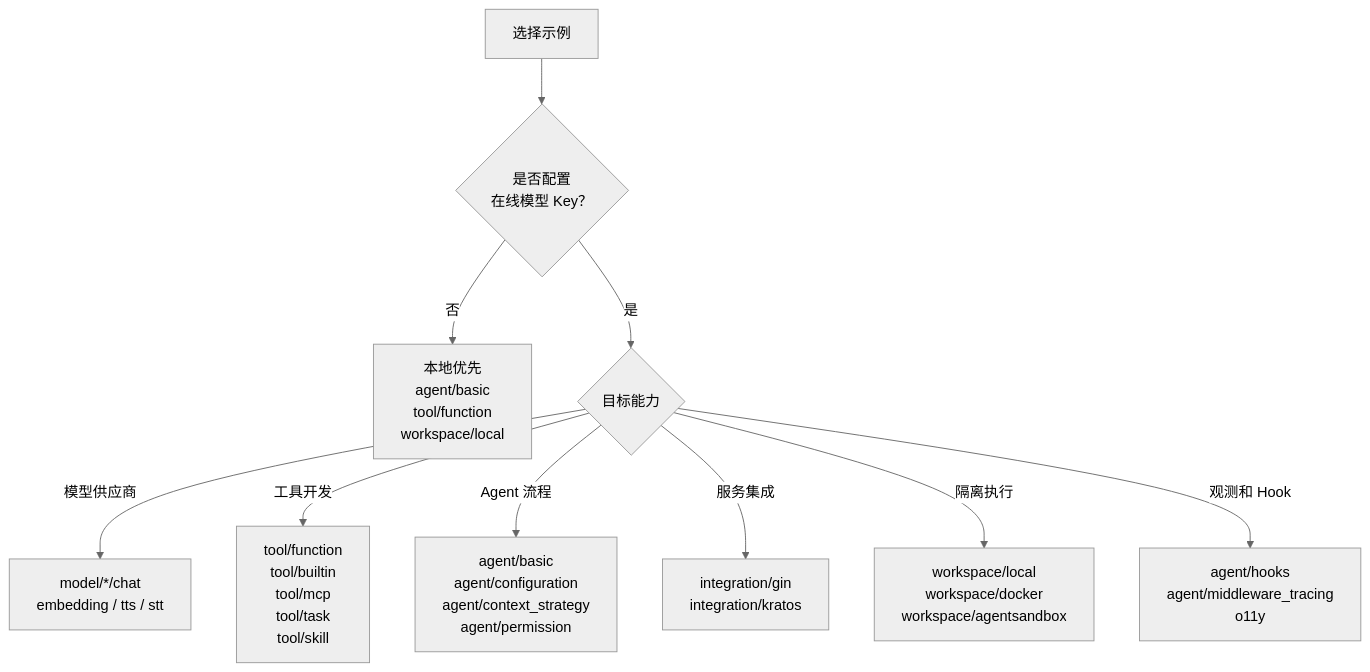
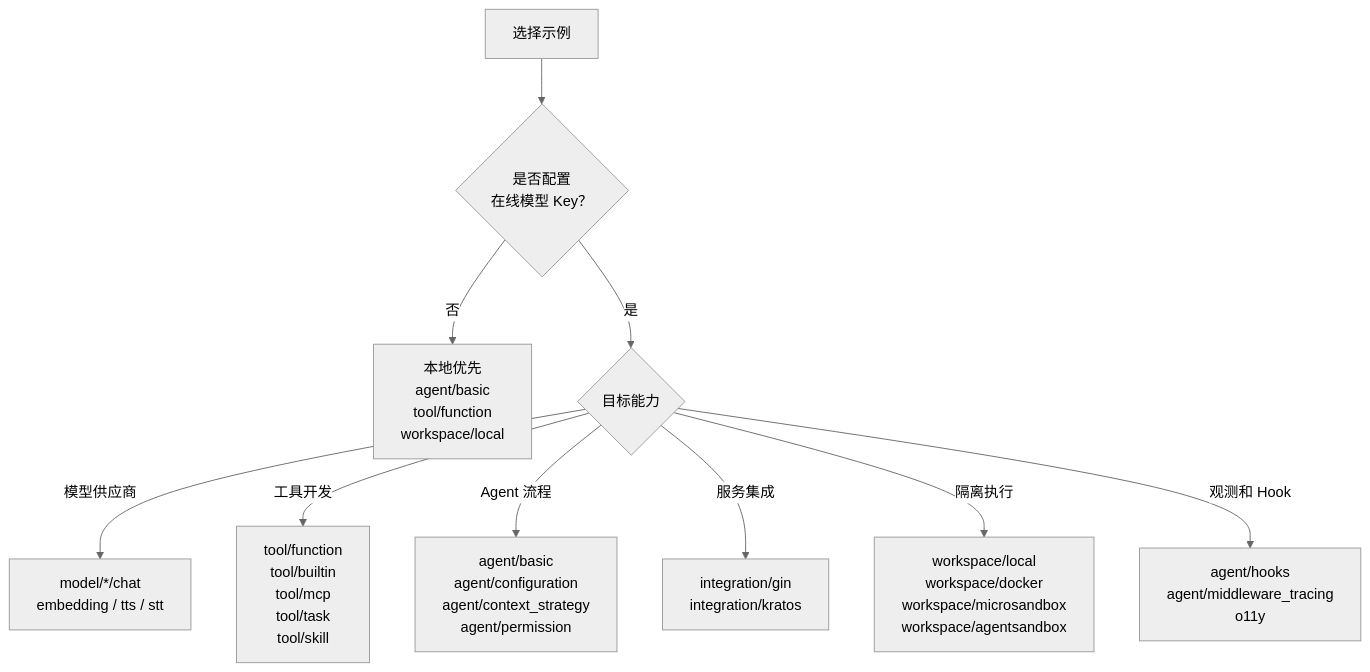
Before and after one commit to yuluo-yx/agentscope-go: the diagram in docs/zh/task/examples.md, drawn with Mermaid (neutral theme). The commit also changed other lines of this file and 21 other files, not shown here.

Commit message:
feat: add microsandbox workspace

````diff
--- a/docs/zh/task/examples.md
+++ b/docs/zh/task/examples.md
@@ -26,12 +26,12 @@
 ```{mermaid}
 flowchart TD
     Start["选择示例"] --> HasKey{"是否配置<br/>在线模型 Key？"}
     HasKey -- 否 --> Local["本地优先<br/>agent/basic<br/>tool/function<br/>workspace/local"]
     HasKey -- 是 --> Goal{"目标能力"}
     Goal -- 模型供应商 --> Model["model/*/chat<br/>embedding / tts / stt"]
     Goal -- 工具开发 --> Tools["tool/function<br/>tool/builtin<br/>tool/mcp<br/>tool/task<br/>tool/skill"]
     Goal -- Agent 流程 --> Agent["agent/basic<br/>agent/configuration<br/>agent/context_strategy<br/>agent/permission"]
     Goal -- 服务集成 --> Integration["integration/gin<br/>integration/kratos"]
-    Goal -- 隔离执行 --> Sandbox["workspace/local<br/>workspace/docker<br/>workspace/agentsandbox"]
+    Goal -- 隔离执行 --> Sandbox["workspace/local<br/>workspace/docker<br/>workspace/microsandbox<br/>workspace/agentsandbox"]
     Goal -- 观测和 Hook --> Hooks["agent/hooks<br/>agent/middleware_tracing<br/>o11y"]
 ```
````
